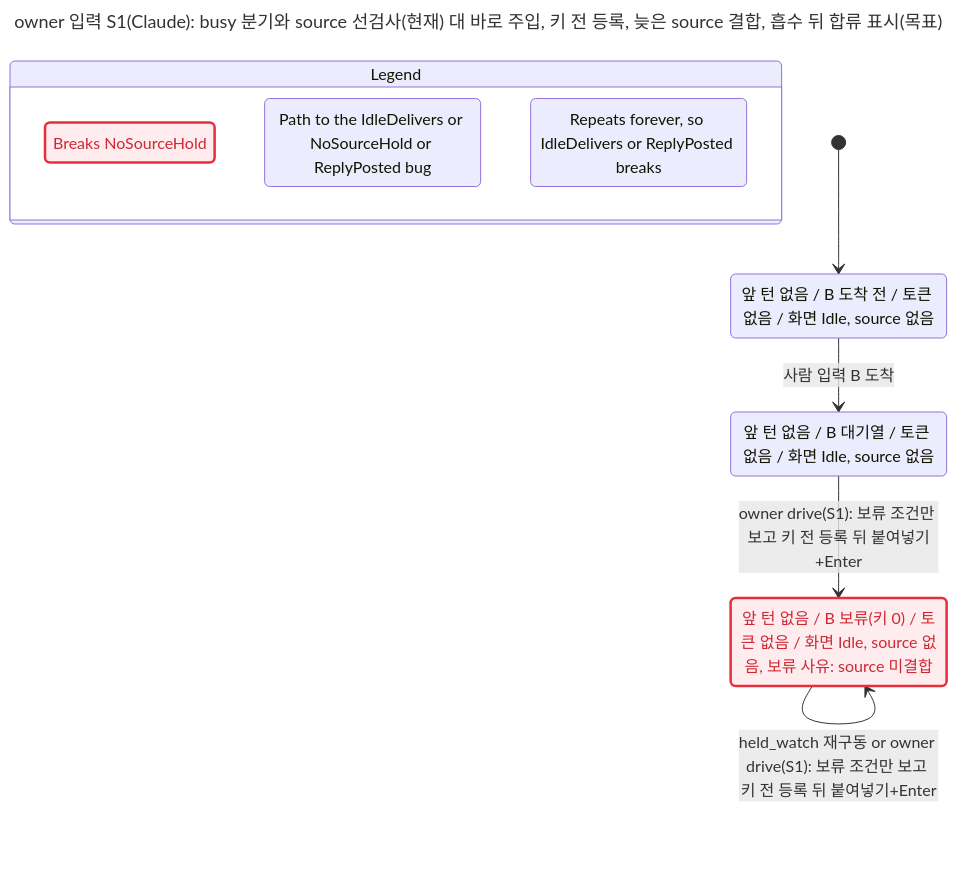
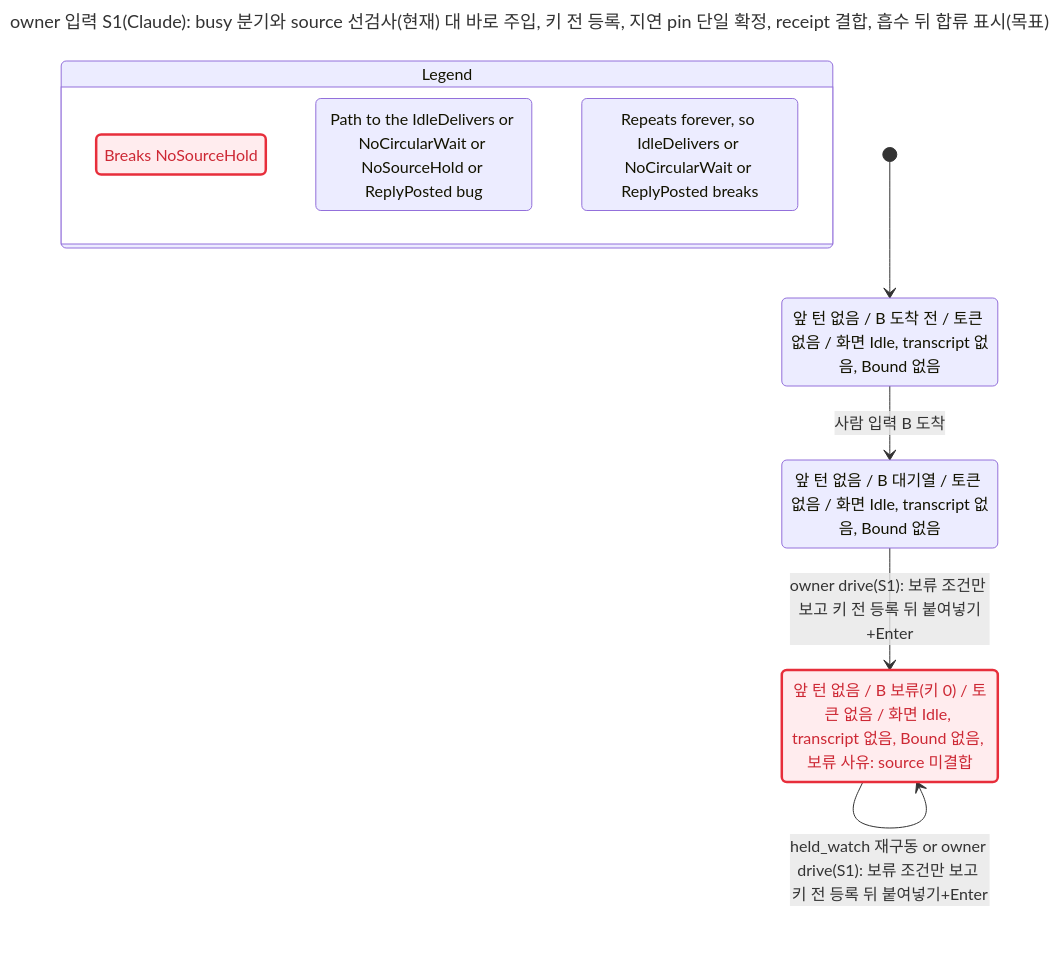
Before and after one commit to itismyfield/AgentDesk: the diagram in docs/statecharts/input-single-path/owner-input-busy-s1.pin-source-first.chart.mmd, drawn with Mermaid. The commit also changed 17 other files, not shown here.

First line of the commit message:
docs(design): #8328 1단계 설계 w5 — S1 P1 3건: receipt 결합·source 관문 전수·지연 pin 단일 확정점

```diff
--- a/docs/statecharts/input-single-path/owner-input-busy-s1.pin-source-first.chart.mmd
+++ b/docs/statecharts/input-single-path/owner-input-busy-s1.pin-source-first.chart.mmd
@@ -1,25 +1,25 @@
 ---
-title: "owner 입력 S1(Claude): busy 분기와 source 선검사(현재) 대 바로 주입, 키 전 등록, 늦은 source 결합, 흡수 뒤 합류 표시(목표)"
+title: "owner 입력 S1(Claude): busy 분기와 source 선검사(현재) 대 바로 주입, 키 전 등록, 지연 pin 단일 확정, receipt 결합, 흡수 뒤 합류 표시(목표)"
 ---
 stateDiagram-v2
   state "Legend" as legend {
     lg0: Breaks NoSourceHold
-    lg1: Path to the IdleDelivers or NoSourceHold or ReplyPosted bug
-    lg2: Repeats forever, so IdleDelivers or ReplyPosted breaks
+    lg1: Path to the IdleDelivers or NoCircularWait or NoSourceHold or ReplyPosted bug
+    lg2: Repeats forever, so IdleDelivers or NoCircularWait or ReplyPosted breaks
   }
   class lg0 breaks
   class lg1 bugPath
   class lg2 repeats
-  s0: 앞 턴 없음 / B 도착 전 / 토큰 없음 / 화면 Idle, source 없음
-  s1: 앞 턴 없음 / B 대기열 / 토큰 없음 / 화면 Idle, source 없음
-  s2: 앞 턴 없음 / B 보류(키 0) / 토큰 없음 / 화면 Idle, source 없음, 보류 사유: source 미결합
+  s0: 앞 턴 없음 / B 도착 전 / 토큰 없음 / 화면 Idle, transcript 없음, Bound 없음
+  s1: 앞 턴 없음 / B 대기열 / 토큰 없음 / 화면 Idle, transcript 없음, Bound 없음
+  s2: 앞 턴 없음 / B 보류(키 0) / 토큰 없음 / 화면 Idle, transcript 없음, Bound 없음, 보류 사유: source 미결합
   [*] --> s0
   s0 --> s1: 사람 입력 B 도착
   s1 --> s2: owner drive(S1): 보류 조건만 보고 키 전 등록 뒤 붙여넣기+Enter
   s2 --> s2: held_watch 재구동 or owner drive(S1): 보류 조건만 보고 키 전 등록 뒤 붙여넣기+Enter
   classDef breaks fill:#ffecee,stroke:#e72e3b,stroke-width:2.5px,color:#cd2834
   class s0 bugPath
   class s1 bugPath
   class s2 breaks
   class s2 bugPath
   class s2 repeats
```
